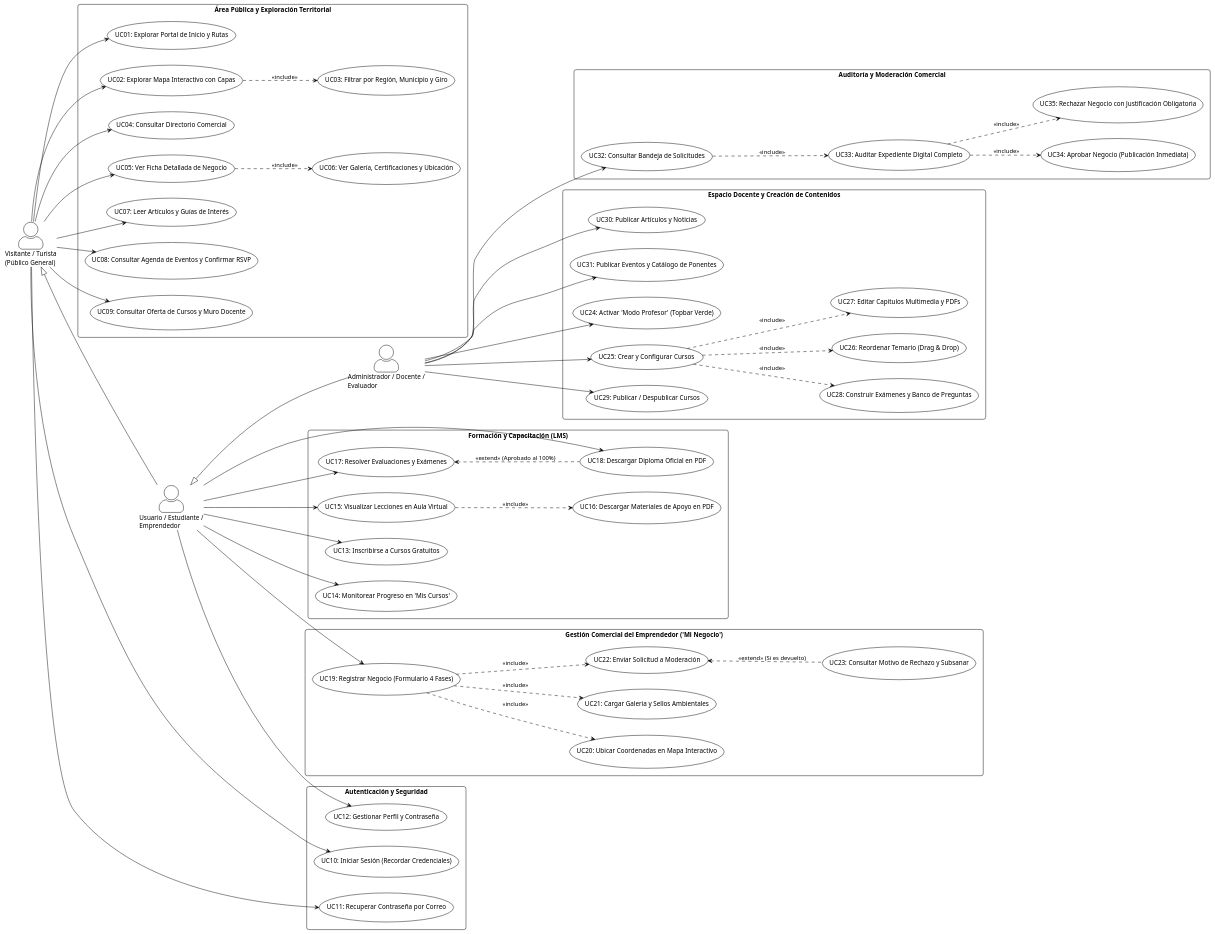
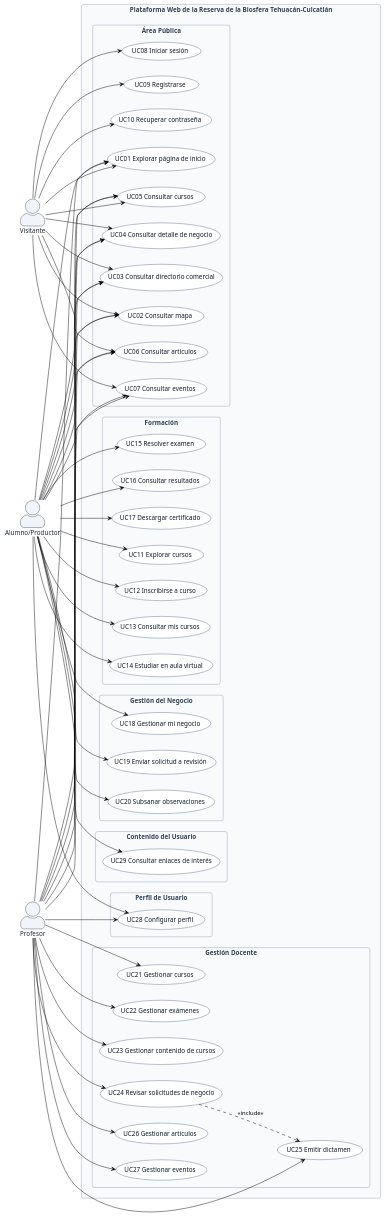
The first of 6 diagrams in documentacion/Diagramas_Arquitectura_CasosDeUso_Comportamiento.md (DaveCuc/reserva-platform), drawn with PlantUML before and after one commit. The commit also changed other lines of this file and 12 other files, not shown here.

Commit message:
docs: add comprehensive system architecture, dashboard logic, and reference documentation markdown files

````diff
--- a/documentacion/Diagramas_Arquitectura_CasosDeUso_Comportamiento.md
+++ b/documentacion/Diagramas_Arquitectura_CasosDeUso_Comportamiento.md
@@ -28,117 +34,141 @@
 skinparam packageStyle rectangle
 skinparam roundcorner 10
 skinparam actorStyle awesome
+skinparam shadowing false
 left to right direction
 
-' --- ACTORES ---
-actor "Visitante / Turista\n(Público General)" as Turista
-actor "Usuario / Estudiante /\nEmprendedor" as Estudiante
-actor "Administrador / Docente /\nEvaluador" as Admin
-
-' Herencia de actores
-Turista <|-- Estudiante
-Estudiante <|-- Admin
-
-' --- PAQUETES DE CASOS DE USO ---
-
-rectangle "Área Pública y Exploración Territorial" {
-    usecase "UC01: Explorar Portal de Inicio y Rutas" as UC_Inicio
-    usecase "UC02: Explorar Mapa Interactivo con Capas" as UC_Mapa
-    usecase "UC03: Filtrar por Región, Municipio y Giro" as UC_FiltrosMapa
-    usecase "UC04: Consultar Directorio Comercial" as UC_Directorio
-    usecase "UC05: Ver Ficha Detallada de Negocio" as UC_FichaNegocio
-    usecase "UC06: Ver Galería, Certificaciones y Ubicación" as UC_DetallesFicha
-    usecase "UC07: Leer Artículos y Guías de Interés" as UC_Articulos
-    usecase "UC08: Consultar Agenda de Eventos y Confirmar RSVP" as UC_Eventos
-    usecase "UC09: Consultar Oferta de Cursos y Muro Docente" as UC_CursosPublicos
-    
-    UC_Mapa ..> UC_FiltrosMapa : <<include>>
-    UC_FichaNegocio ..> UC_DetallesFicha : <<include>>
+' --- ESTILOS SOBRIOS Y ACADÉMICOS ---
+skinparam rectangle {
+    BackgroundColor #F8FAFC
+    BorderColor #94A3B8
+    FontColor #334155
+}
+skinparam usecase {
+    BackgroundColor #FFFFFF
+    BorderColor #64748B
+    FontColor #0F172A
+}
+skinparam actor {
+    BackgroundColor #F1F5F9
+    BorderColor #475569
+    FontColor #1E293B
 }
 
-rectangle "Autenticación y Seguridad" {
-    usecase "UC10: Iniciar Sesión (Recordar Credenciales)" as UC_Login
-    usecase "UC11: Recuperar Contraseña por Correo" as UC_Recuperar
-    usecase "UC12: Gestionar Perfil y Contraseña" as UC_Perfil
+' --- ACTORES ---
+actor "Visitante" as V
+actor "Alumno/Productor" as A
+actor "Profesor" as P
+
+' --- FRONTERA DEL SISTEMA ---
+rectangle "Plataforma Web de la Reserva de la Biosfera Tehuacán-Cuicatlán" {
+
+    rectangle "Área Pública" {
+        usecase "UC01 Explorar página de inicio" as UC01
+        usecase "UC02 Consultar mapa" as UC02
+        usecase "UC03 Consultar directorio comercial" as UC03
+        usecase "UC04 Consultar detalle de negocio" as UC04
+        usecase "UC05 Consultar cursos" as UC05
+        usecase "UC06 Consultar artículos" as UC06
+        usecase "UC07 Consultar eventos" as UC07
+        usecase "UC08 Iniciar sesión" as UC08
+        usecase "UC09 Registrarse" as UC09
+        usecase "UC10 Recuperar contraseña" as UC10
+    }
+
+    rectangle "Formación" {
+        usecase "UC11 Explorar cursos" as UC11
+        usecase "UC12 Inscribirse a curso" as UC12
+        usecase "UC13 Consultar mis cursos" as UC13
+        usecase "UC14 Estudiar en aula virtual" as UC14
+        usecase "UC15 Resolver examen" as UC15
+        usecase "UC16 Consultar resultados" as UC16
+        usecase "UC17 Descargar certificado" as UC17
+    }
+
+    rectangle "Gestión del Negocio" {
+        usecase "UC18 Gestionar mi negocio" as UC18
+        usecase "UC19 Enviar solicitud a revisión" as UC19
+        usecase "UC20 Subsanar observaciones" as UC20
+    }
+
+    rectangle "Contenido del Usuario" {
+        usecase "UC29 Consultar enlaces de interés" as UC29
+    }
+
+    rectangle "Perfil de Usuario" {
+        usecase "UC28 Configurar perfil" as UC28
+    }
+
+    rectangle "Gestión Docente" {
+        usecase "UC21 Gestionar cursos" as UC21
+        usecase "UC22 Gestionar exámenes" as UC22
+        usecase "UC23 Gestionar contenido de cursos" as UC23
+        usecase "UC24 Revisar solicitudes de negocio" as UC24
+        usecase "UC25 Emitir dictamen" as UC25
+        usecase "UC26 Gestionar artículos" as UC26
+        usecase "UC27 Gestionar eventos" as UC27
+    }
 }
 
-rectangle "Formación y Capacitación (LMS)" {
-    usecase "UC13: Inscribirse a Cursos Gratuitos" as UC_Inscribir
-    usecase "UC14: Monitorear Progreso en 'Mis Cursos'" as UC_MisCursos
-    usecase "UC15: Visualizar Lecciones en Aula Virtual" as UC_Aula
-    usecase "UC16: Descargar Materiales de Apoyo en PDF" as UC_DescargarPDF
-    usecase "UC17: Resolver Evaluaciones y Exámenes" as UC_Examen
-    usecase "UC18: Descargar Diploma Oficial en PDF" as UC_Diploma
-    
-    UC_Aula ..> UC_DescargarPDF : <<include>>
-    UC_Examen <.. UC_Diploma : <<extend>> (Aprobado al 100%)
-}
+' --- RELACIÓN INCLUDE ---
+UC24 ..> UC25 : <<include>>
 
-rectangle "Gestión Comercial del Emprendedor ('Mi Negocio')" {
-    usecase "UC19: Registrar Negocio (Formulario 4 Fases)" as UC_RegistrarNegocio
-    usecase "UC20: Ubicar Coordenadas en Mapa Interactivo" as UC_GeoPin
-    usecase "UC21: Cargar Galería y Sellos Ambientales" as UC_CargarArchivos
-    usecase "UC22: Enviar Solicitud a Moderación" as UC_EnviarRevision
-    usecase "UC23: Consultar Motivo de Rechazo y Subsanar" as UC_Subsanar
-    
-    UC_RegistrarNegocio ..> UC_GeoPin : <<include>>
-    UC_RegistrarNegocio ..> UC_CargarArchivos : <<include>>
-    UC_RegistrarNegocio ..> UC_EnviarRevision : <<include>>
-    UC_EnviarRevision <.. UC_Subsanar : <<extend>> (Si es devuelto)
-}
+' --- ASOCIACIONES: VISITANTE ---
+V --> UC01
+V --> UC02
+V --> UC03
+V --> UC04
+V --> UC05
+V --> UC06
+V --> UC07
+V --> UC08
+V --> UC09
+V --> UC10
 
-rectangle "Espacio Docente y Creación de Contenidos" {
-    usecase "UC24: Activar 'Modo Profesor' (Topbar Verde)" as UC_ModoProfesor
-    usecase "UC25: Crear y Configurar Cursos" as UC_CrearCurso
-    usecase "UC26: Reordenar Temario (Drag & Drop)" as UC_ReordenarTemario
-    usecase "UC27: Editar Capítulos Multimedia y PDFs" as UC_EditarCapitulo
-    usecase "UC28: Construir Exámenes y Banco de Preguntas" as UC_ConstructorExamen
-    usecase "UC29: Publicar / Despublicar Cursos" as UC_PublicarCurso
-    usecase "UC30: Publicar Artículos y Noticias" as UC_CMSArticulos
-    usecase "UC31: Publicar Eventos y Catálogo de Ponentes" as UC_CMSEventos
-    
-    UC_CrearCurso ..> UC_ReordenarTemario : <<include>>
-    UC_CrearCurso ..> UC_EditarCapitulo : <<include>>
-    UC_CrearCurso ..> UC_ConstructorExamen : <<include>>
-}
+' --- ASOCIACIONES: ALUMNO/PRODUCTOR ---
+' Área pública
+A --> UC01
+A --> UC02
+A --> UC03
+A --> UC04
+A --> UC05
+A --> UC06
+A --> UC07
+' Formación
+A --> UC11
+A --> UC12
+A --> UC13
+A --> UC14
+A --> UC15
+A --> UC16
+A --> UC17
+' Gestión del Negocio
+A --> UC18
+A --> UC19
+A --> UC20
+' Contenido del Usuario
+A --> UC29
+' Perfil de Usuario
+A --> UC28
 
-rectangle "Auditoría y Moderación Comercial" {
-    usecase "UC32: Consultar Bandeja de Solicitudes" as UC_BandejaSolicitudes
-    usecase "UC33: Auditar Expediente Digital Completo" as UC_AuditarNegocio
-    usecase "UC34: Aprobar Negocio (Publicación Inmediata)" as UC_AprobarNegocio
-    usecase "UC35: Rechazar Negocio con Justificación Obligatoria" as UC_RechazarNegocio
-    
-    UC_BandejaSolicitudes ..> UC_AuditarNegocio : <<include>>
-    UC_AuditarNegocio ..> UC_AprobarNegocio : <<include>>
-    UC_AuditarNegocio ..> UC_RechazarNegocio : <<include>>
-}
-
-' --- ASOCIACIONES ACTOR -> CASOS DE USO ---
-
-Turista --> UC_Inicio
-Turista --> UC_Mapa
-Turista --> UC_Directorio
-Turista --> UC_FichaNegocio
-Turista --> UC_Articulos
-Turista --> UC_Eventos
-Turista --> UC_CursosPublicos
-Turista --> UC_Login
-Turista --> UC_Recuperar
-
-Estudiante --> UC_Perfil
-Estudiante --> UC_Inscribir
-Estudiante --> UC_MisCursos
-Estudiante --> UC_Aula
-Estudiante --> UC_Examen
-Estudiante --> UC_Diploma
-Estudiante --> UC_RegistrarNegocio
-
-Admin --> UC_ModoProfesor
-Admin --> UC_CrearCurso
-Admin --> UC_PublicarCurso
-Admin --> UC_CMSArticulos
-Admin --> UC_CMSEventos
-Admin --> UC_BandejaSolicitudes
-
+' --- ASOCIACIONES: PROFESOR ---
+' Área pública
+P --> UC01
+P --> UC02
+P --> UC03
+P --> UC04
+P --> UC05
+P --> UC06
+P --> UC07
+' Gestión Docente
+P --> UC21
+P --> UC22
+P --> UC23
+P --> UC24
+P --> UC25
+P --> UC26
+P --> UC27
+' Perfil de Usuario
+P --> UC28
 @enduml
 ```
````
